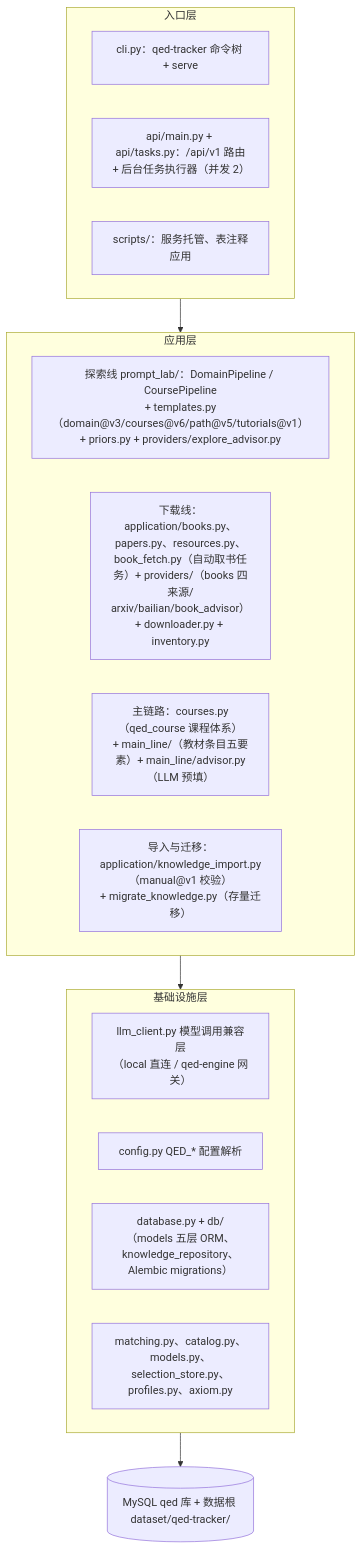
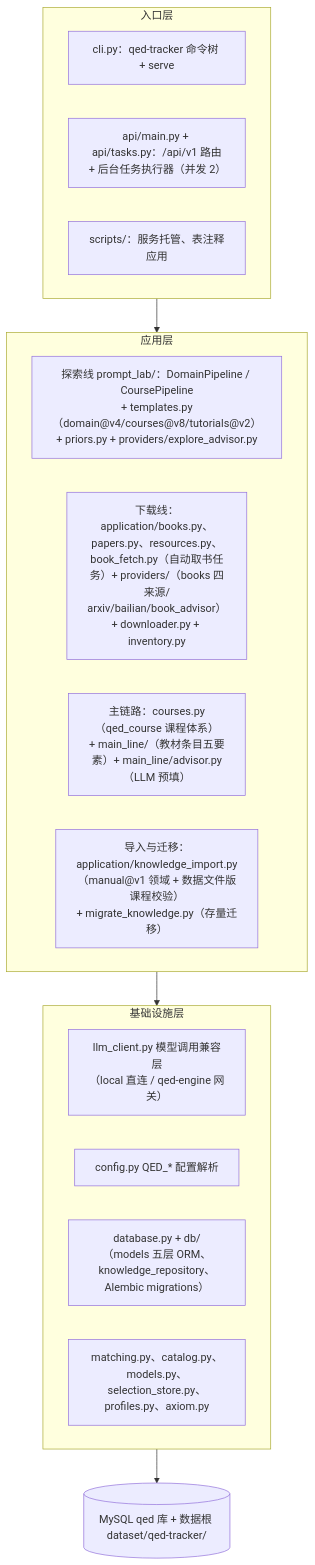
The second of 2 diagrams in docs/architecture/system-overview.md (swfswf1234/QED-Tracker), drawn with Mermaid before and after one commit. The commit also changed other lines of this file and 48 other files, not shown here.

````diff
--- a/docs/architecture/system-overview.md
+++ b/docs/architecture/system-overview.md
@@ -58,24 +58,24 @@
 ```mermaid
 flowchart TB
     subgraph ENTRY["入口层"]
         CLI2["cli.py：qed-tracker 命令树 + serve"]
         API2["api/main.py + api/tasks.py：/api/v1 路由<br/>+ 后台任务执行器（并发 2）"]
         SCRIPTS2["scripts/：服务托管、表注释应用"]
     end
     subgraph APP["应用层"]
-        EXP["探索线 prompt_lab/：DomainPipeline / CoursePipeline<br/>+ templates.py（domain@v3/courses@v6/path@v5/tutorials@v1）<br/>+ priors.py + providers/explore_advisor.py"]
+        EXP["探索线 prompt_lab/：DomainPipeline / CoursePipeline<br/>+ templates.py（domain@v4/courses@v8/tutorials@v2）<br/>+ priors.py + providers/explore_advisor.py"]
         DWN["下载线：application/books.py、papers.py、resources.py、<br/>book_fetch.py（自动取书任务）+ providers/（books 四来源/<br/>arxiv/bailian/book_advisor）+ downloader.py + inventory.py"]
         MLN["主链路：courses.py（qed_course 课程体系）<br/>+ main_line/（教材条目五要素）+ main_line/advisor.py（LLM 预填）"]
-        IMP["导入与迁移：application/knowledge_import.py（manual@v1 校验）<br/>+ migrate_knowledge.py（存量迁移）"]
+        IMP["导入与迁移：application/knowledge_import.py（manual@v1 领域 + 数据文件版课程校验）<br/>+ migrate_knowledge.py（存量迁移）"]
     end
     subgraph INFRA["基础设施层"]
         LC["llm_client.py 模型调用兼容层<br/>（local 直连 / qed-engine 网关）"]
         CFG["config.py QED_* 配置解析"]
         DBL["database.py + db/（models 五层 ORM、<br/>knowledge_repository、Alembic migrations）"]
         UTL["matching.py、catalog.py、models.py、<br/>selection_store.py、profiles.py、axiom.py"]
     end
     DATA[("MySQL qed 库 + 数据根 dataset/qed-tracker/")]
     ENTRY --> APP
     APP --> INFRA
     INFRA --> DATA
 ```
````
